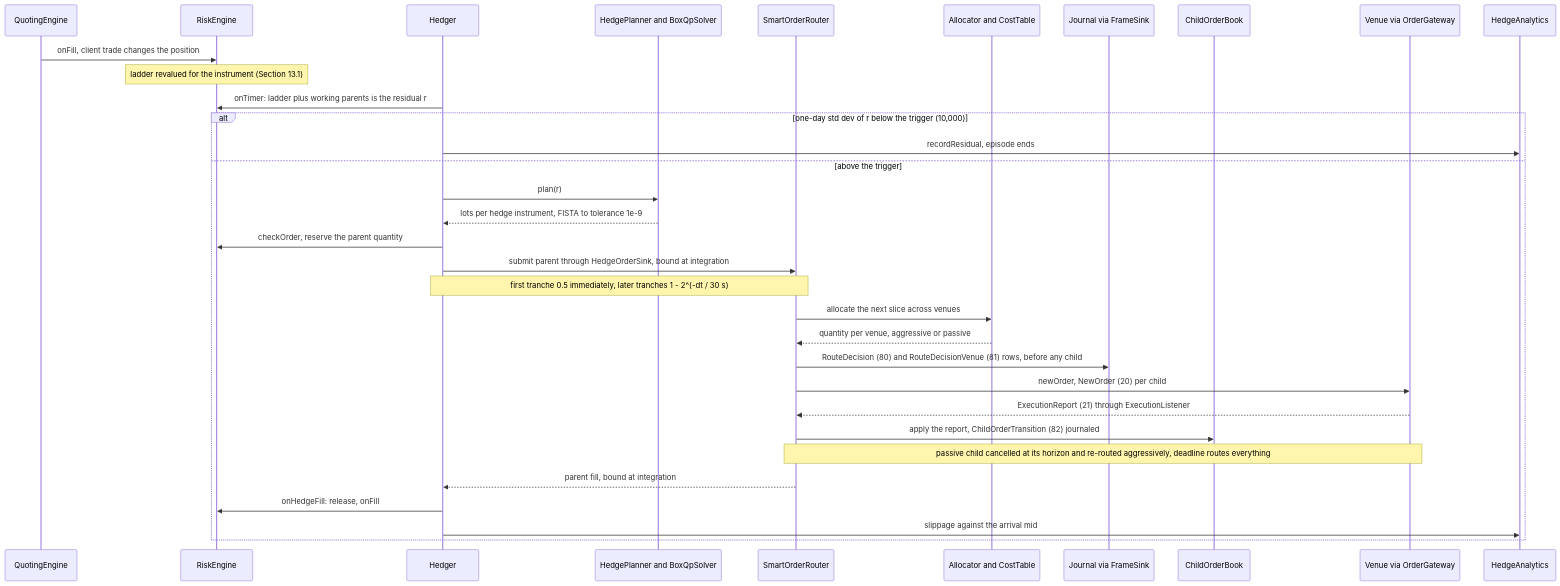
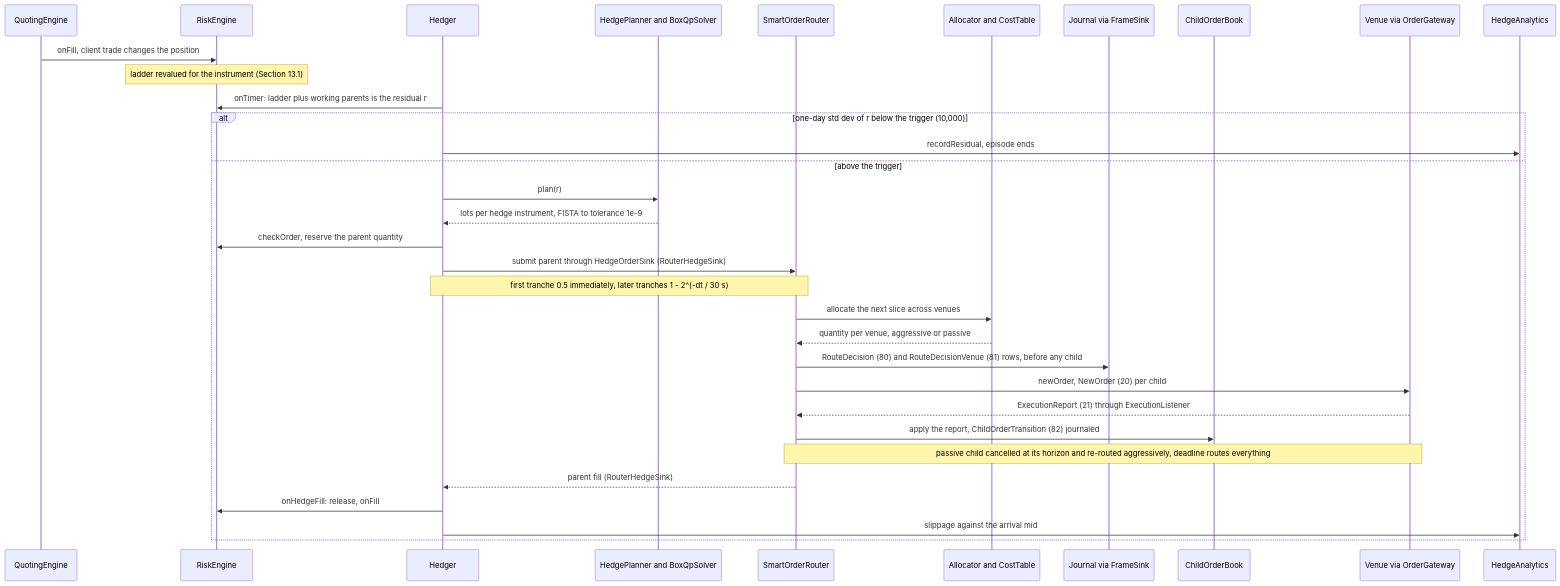
The diagram in docs/diagrams/hedge_route_sequence.mmd (AshJha0/rates-algo-trading), drawn with Mermaid before and after one commit. The commit also changed 11 other files, not shown here.

```diff
--- a/docs/diagrams/hedge_route_sequence.mmd
+++ b/docs/diagrams/hedge_route_sequence.mmd
@@ -1,35 +1,35 @@
 %% Title: From a position change to a routed hedge and its fills
 sequenceDiagram
   participant Q as QuotingEngine
   participant R as RiskEngine
   participant H as Hedger
   participant HP as HedgePlanner and BoxQpSolver
   participant S as SmartOrderRouter
   participant A as Allocator and CostTable
   participant J as Journal via FrameSink
   participant B as ChildOrderBook
   participant V as Venue via OrderGateway
   participant HA as HedgeAnalytics
 
   Q->>R: onFill, client trade changes the position
   Note over R: ladder revalued for the instrument (Section 13.1)
   H->>R: onTimer: ladder plus working parents is the residual r
   alt one-day std dev of r below the trigger (10,000)
     H->>HA: recordResidual, episode ends
   else above the trigger
     H->>HP: plan(r)
     HP-->>H: lots per hedge instrument, FISTA to tolerance 1e-9
     H->>R: checkOrder, reserve the parent quantity
-    H->>S: submit parent through HedgeOrderSink, bound at integration
+    H->>S: submit parent through HedgeOrderSink (RouterHedgeSink)
     Note over H,S: first tranche 0.5 immediately, later tranches 1 - 2^(-dt / 30 s)
     S->>A: allocate the next slice across venues
     A-->>S: quantity per venue, aggressive or passive
     S->>J: RouteDecision (80) and RouteDecisionVenue (81) rows, before any child
     S->>V: newOrder, NewOrder (20) per child
     V-->>S: ExecutionReport (21) through ExecutionListener
     S->>B: apply the report, ChildOrderTransition (82) journaled
     Note over S,V: passive child cancelled at its horizon and re-routed aggressively, deadline routes everything
-    S-->>H: parent fill, bound at integration
+    S-->>H: parent fill (RouterHedgeSink)
     H->>R: onHedgeFill: release, onFill
     H->>HA: slippage against the arrival mid
   end
```
